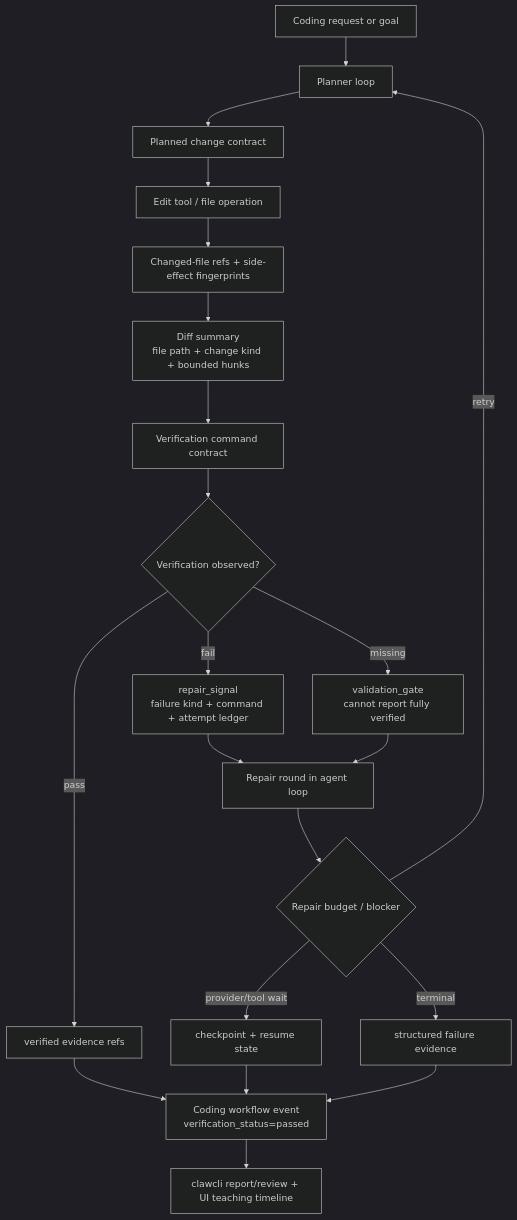
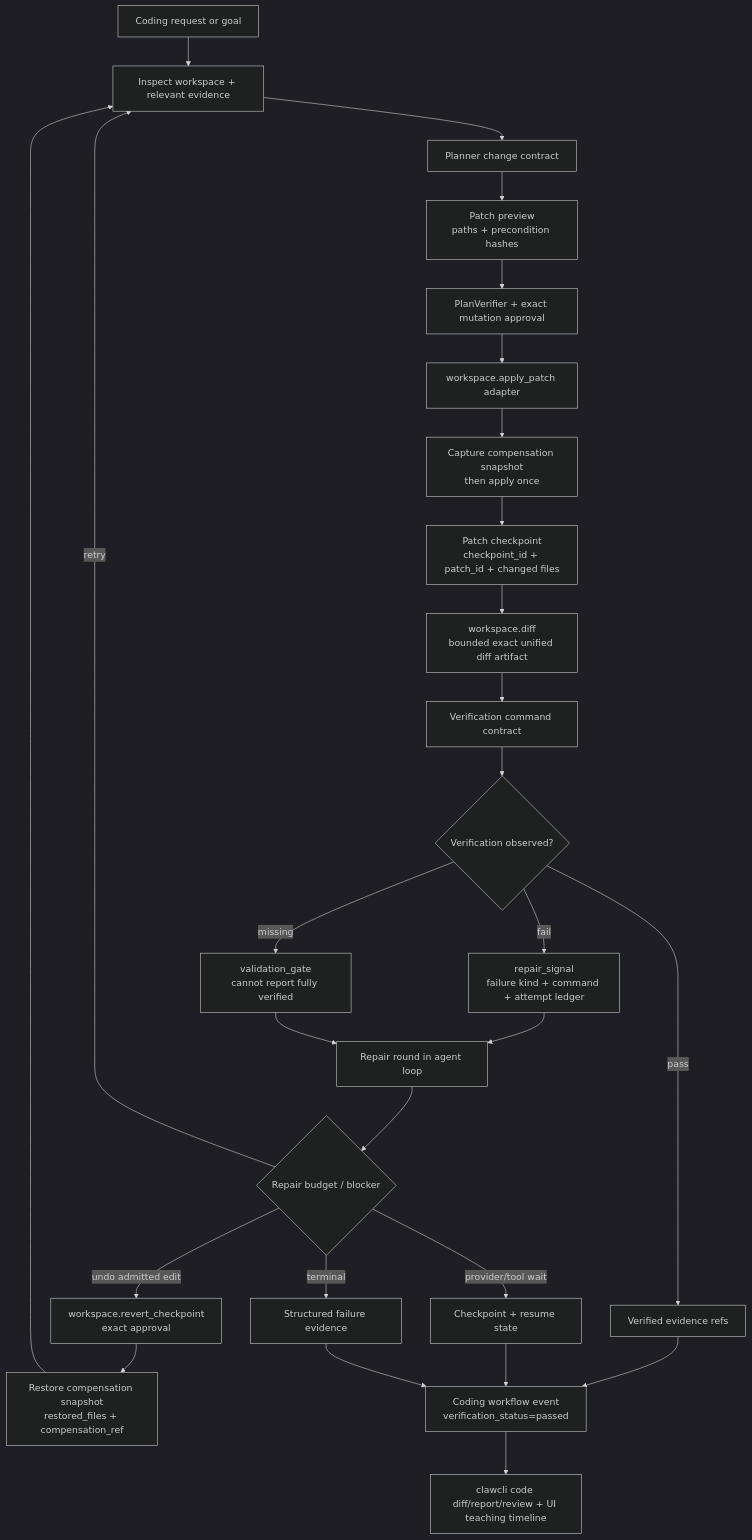
One commit to MatrixCoreX/RustClaw changed diagram 15 of 17 in README.md. Above: the diagram before and after it, drawn with Mermaid (dark theme). The commit also changed other lines of this file and 1 other file, not shown here.

Commit message:
docs: align agent runtime flows

````diff
--- a/README.md
+++ b/README.md
@@ -728,23 +742,29 @@
 ```mermaid
 flowchart TD
-    A[Coding request or goal] --> B[Planner loop]
-    B --> C[Planned change contract]
-    C --> D[Edit tool / file operation]
-    D --> E[Changed-file refs + side-effect fingerprints]
-    E --> F[Diff summary<br/>file path + change kind + bounded hunks]
-    F --> G[Verification command contract]
-    G --> H{Verification observed?}
-    H -->|pass| I[verified evidence refs]
-    H -->|fail| J[repair_signal<br/>failure kind + command + attempt ledger]
-    H -->|missing| K[validation_gate<br/>cannot report fully verified]
-    J --> L[Repair round in agent loop]
-    K --> L
-    L --> M{Repair budget / blocker}
-    M -->|retry| B
-    M -->|provider/tool wait| N[checkpoint + resume state]
-    M -->|terminal| O[structured failure evidence]
-    I --> P[Coding workflow event<br/>verification_status=passed]
-    N --> P
-    O --> P
-    P --> Q[clawcli report/review + UI teaching timeline]
+    A[Coding request or goal] --> B[Inspect workspace + relevant evidence]
+    B --> C[Planner change contract]
+    C --> D[Patch preview<br/>paths + precondition hashes]
+    D --> E[PlanVerifier + exact mutation approval]
+    E --> F[workspace.apply_patch adapter]
+    F --> G[Capture compensation snapshot<br/>then apply once]
+    G --> H[Patch checkpoint<br/>checkpoint_id + patch_id + changed files]
+    H --> I[workspace.diff<br/>bounded exact unified diff artifact]
+    I --> J[Verification command contract]
+    J --> K{Verification observed?}
+    K -->|pass| L[Verified evidence refs]
+    K -->|fail| M[repair_signal<br/>failure kind + command + attempt ledger]
+    K -->|missing| N[validation_gate<br/>cannot report fully verified]
+    M --> O[Repair round in agent loop]
+    N --> O
+    O --> P{Repair budget / blocker}
+    P -->|retry| B
+    P -->|provider/tool wait| Q[Checkpoint + resume state]
+    P -->|undo admitted edit| R[workspace.revert_checkpoint<br/>exact approval]
+    R --> S[Restore compensation snapshot<br/>restored_files + compensation_ref]
+    S --> B
+    P -->|terminal| T[Structured failure evidence]
+    L --> U[Coding workflow event<br/>verification_status=passed]
+    Q --> U
+    T --> U
+    U --> V[clawcli code diff/report/review + UI teaching timeline]
 ```
````
